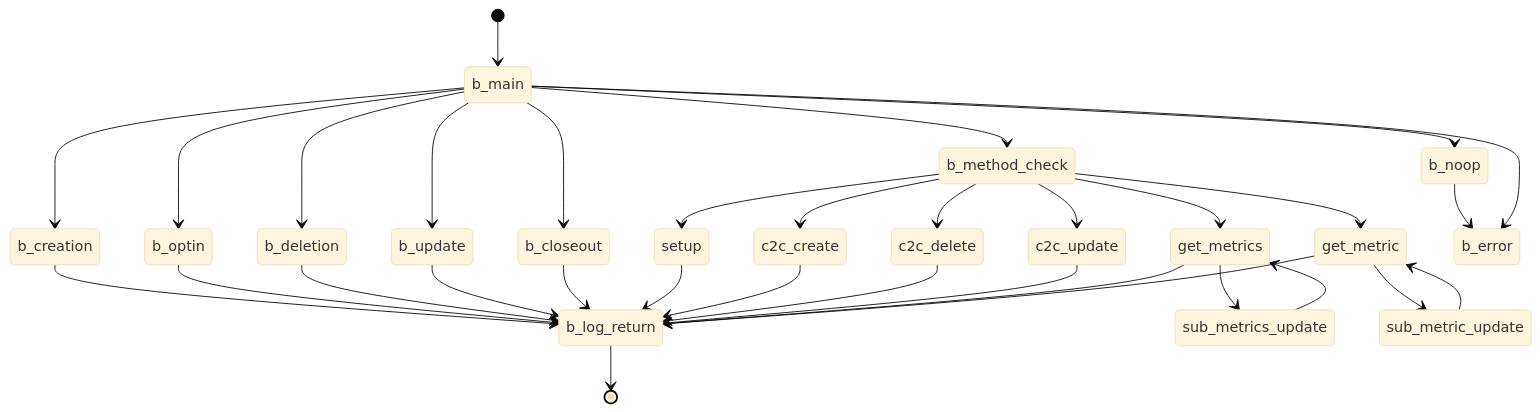
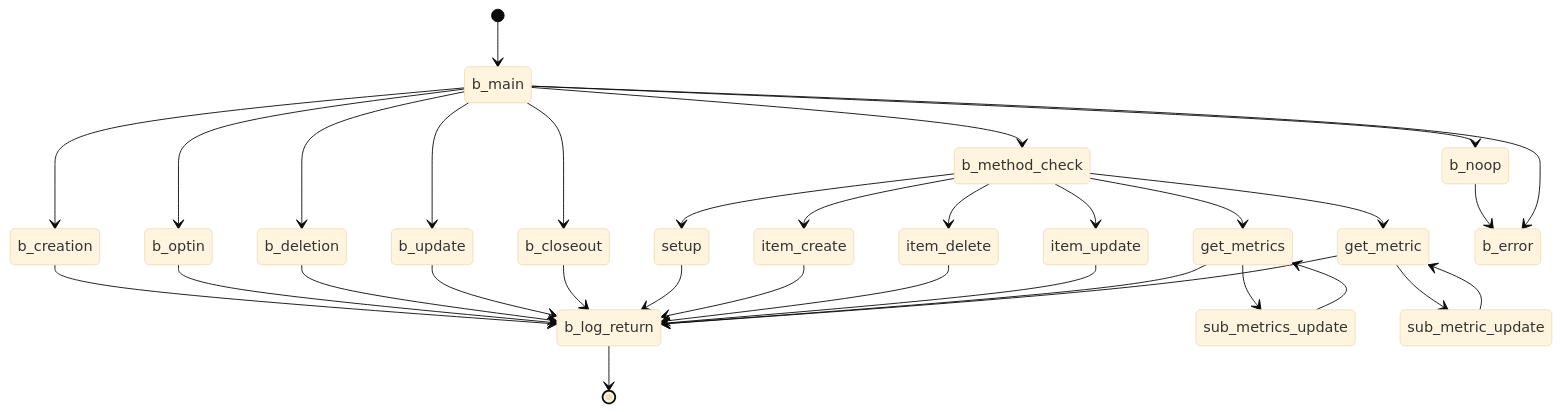
One commit to GoPlausible/.github changed the seventh of 10 diagrams in profile/README.md. Above: the diagram before and after it, drawn with Mermaid (base theme). The commit also changed other lines of this file, not shown here.

````diff
--- a/profile/README.md
+++ b/profile/README.md
@@ -295,52 +297,52 @@
 ```mermaid
   stateDiagram-v2
     [*] --> b_main
    
     b_main --> b_method_check
     b_main --> b_creation
     b_creation --> b_log_return
 
     b_main --> b_optin
     b_optin --> b_log_return
 
     b_main --> b_deletion
     b_deletion --> b_log_return
 
     b_main --> b_update
     b_update --> b_log_return
 
     b_main --> b_closeout
     b_closeout --> b_log_return
 
 
     b_method_check --> setup
     setup --> b_log_return
     
-    b_method_check --> c2c_create
-    c2c_create --> b_log_return
+    b_method_check --> item_create
+    item_create --> b_log_return
 
-    b_method_check --> c2c_delete
-    c2c_delete --> b_log_return
+    b_method_check --> item_delete
+    item_delete --> b_log_return
 
-    b_method_check --> c2c_update
-    c2c_update --> b_log_return
+    b_method_check --> item_update
+    item_update --> b_log_return
 
    
     b_method_check --> get_metrics
     get_metrics --> sub_metrics_update
     sub_metrics_update --> get_metrics
     get_metrics --> b_log_return
 
     b_method_check --> get_metric
     get_metric --> sub_metric_update
     sub_metric_update --> get_metric
     get_metric --> b_log_return
 
     b_main --> b_noop
     b_noop --> b_error
 
     b_main --> b_error
 
     b_log_return --> [*]
     
 ```
````
